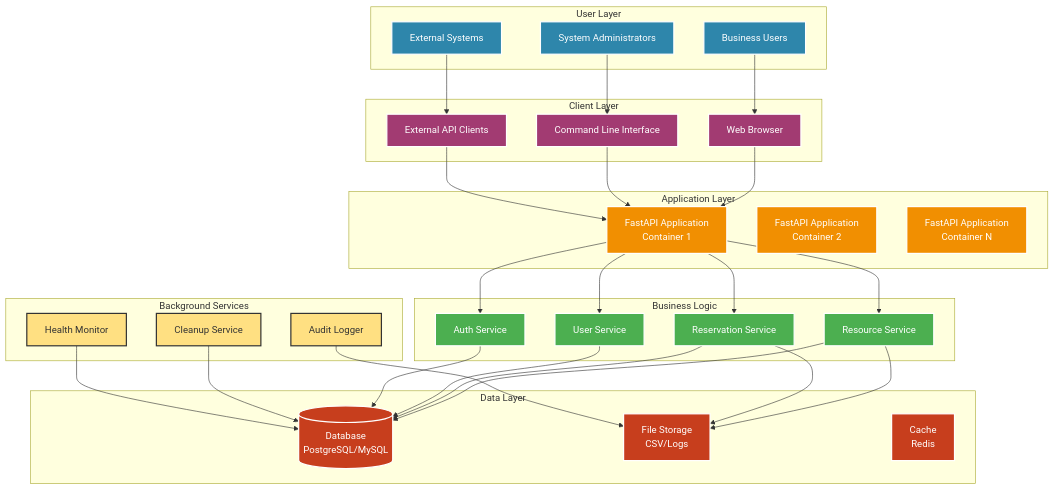
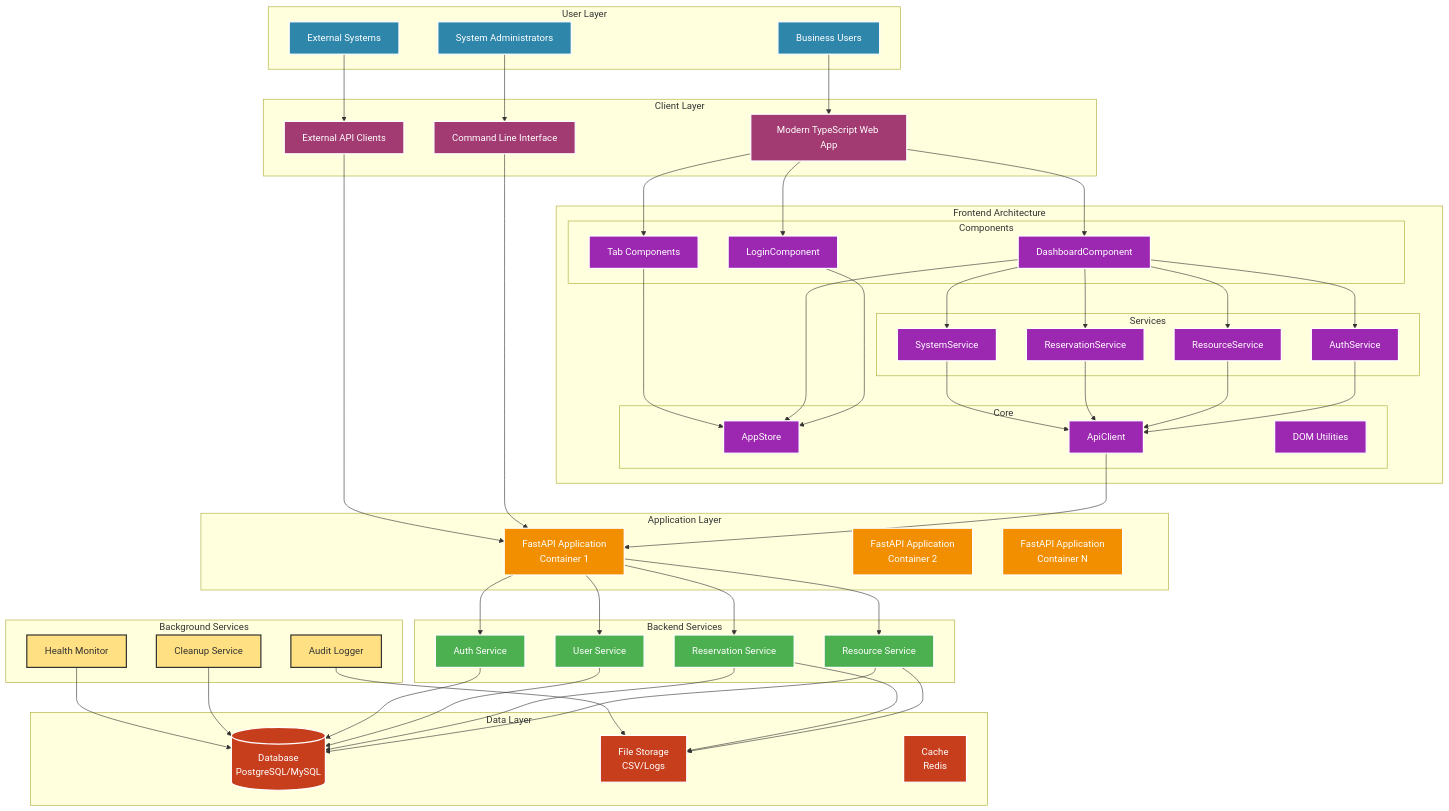
Before and after one commit to sylvester-francis/Resource-Reserver: the first of 2 diagrams in README.md, drawn with Mermaid. The commit also changed other lines of this file and 36 other files, not shown here.

Commit message:
Change architecture of frontend from simple js to modernized frameworks

```diff
--- a/README.md
+++ b/README.md
@@ -54,11 +54,31 @@
     end
     
     subgraph "Client Layer"
-        WEB[Web Browser]
+        WEB[Modern TypeScript Web App]
         CLI[Command Line Interface]
         API[External API Clients]
     end
     
+    subgraph "Frontend Architecture"
+        subgraph "Components"
+            LOGIN[LoginComponent]
+            DASH[DashboardComponent]
+            TABS[Tab Components]
+        end
+        
+        subgraph "Services"
+            AUTH_SVC[AuthService]
+            RES_SVC[ResourceService]
+            RESV_SVC[ReservationService]
+            SYS_SVC[SystemService]
+        end
+        
+        subgraph "Core"
+            STORE[AppStore]
+            API_CLIENT[ApiClient]
+            UTILS[DOM Utilities]
+        end
+    end
     
     subgraph "Application Layer"
         APP1[FastAPI Application<br/>Container 1]
@@ -66,7 +86,7 @@
         APP3[FastAPI Application<br/>Container N]
     end
     
-    subgraph "Business Logic"
+    subgraph "Backend Services"
         RS[Resource Service]
         ReS[Reservation Service]
         US[User Service]
@@ -90,8 +110,27 @@
     U2 --> CLI
     U3 --> API
     
+    %% Frontend internal connections
+    WEB --> LOGIN
+    WEB --> DASH
+    WEB --> TABS
+    
+    DASH --> AUTH_SVC
+    DASH --> RES_SVC
+    DASH --> RESV_SVC
+    DASH --> SYS_SVC
+    
+    AUTH_SVC --> API_CLIENT
+    RES_SVC --> API_CLIENT
+    RESV_SVC --> API_CLIENT
+    SYS_SVC --> API_CLIENT
+    
+    LOGIN --> STORE
+    DASH --> STORE
+    TABS --> STORE
+    
     %% Client to applications
-    WEB --> APP1
+    API_CLIENT --> APP1
     CLI --> APP1
     API --> APP1
     
@@ -118,6 +157,7 @@
     %% Styling
     classDef userClass fill:#2E86AB,stroke:#fff,stroke-width:2px,color:#fff
     classDef clientClass fill:#A23B72,stroke:#fff,stroke-width:2px,color:#fff
+    classDef frontendClass fill:#9C27B0,stroke:#fff,stroke-width:2px,color:#fff
     classDef appClass fill:#F18F01,stroke:#fff,stroke-width:2px,color:#fff
     classDef serviceClass fill:#4CAF50,stroke:#fff,stroke-width:2px,color:#fff
     classDef dataClass fill:#C73E1D,stroke:#fff,stroke-width:2px,color:#fff
@@ -125,6 +165,7 @@
     
     class U1,U2,U3 userClass
     class WEB,CLI,API clientClass
+    class LOGIN,DASH,TABS,AUTH_SVC,RES_SVC,RESV_SVC,SYS_SVC,STORE,API_CLIENT,UTILS frontendClass
     class APP1,APP2,APP3 appClass
     class RS,ReS,US,AS serviceClass
     class DB,FS,CACHE dataClass
```
